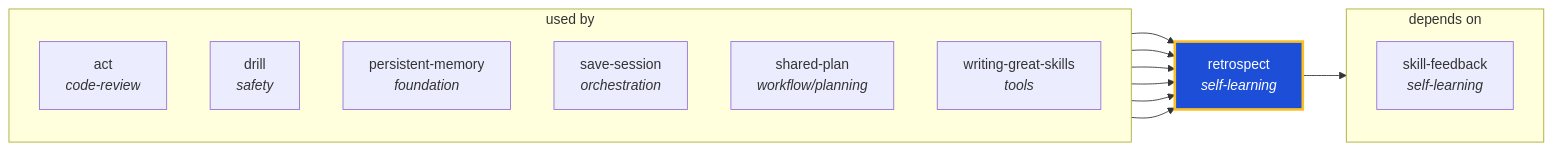
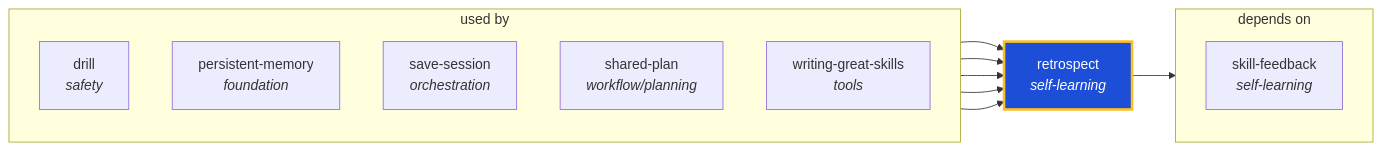
One commit to ThePlenkov/skills changed the diagram in docs/graphs/generated/retrospect.md. Above: the diagram before and after it, drawn with Mermaid. The commit also changed other lines of this file and 40 other files, not shown here.

````diff
--- a/docs/graphs/generated/retrospect.md
+++ b/docs/graphs/generated/retrospect.md
@@ -22,28 +22,26 @@
 ```mermaid
 graph LR
   retrospect["retrospect<br/><i>self-learning</i>"]
   classDef center fill:#1d4ed8,stroke:#fbbf24,stroke-width:3px,color:#fff
   class retrospect center
 
   subgraph sg_used_by["used by"]
     direction TB
-    act["act<br/><i>code-review</i>"]
     drill["drill<br/><i>safety</i>"]
     persistent_memory["persistent-memory<br/><i>foundation</i>"]
     save_session["save-session<br/><i>orchestration</i>"]
     shared_plan["shared-plan<br/><i>workflow/planning</i>"]
     writing_great_skills["writing-great-skills<br/><i>tools</i>"]
   end
-  act --> retrospect
   drill --> retrospect
   persistent_memory --> retrospect
   save_session --> retrospect
   shared_plan --> retrospect
   writing_great_skills --> retrospect
 
   subgraph sg_depends_on["depends on"]
     direction TB
     skill_feedback["skill-feedback<br/><i>self-learning</i>"]
   end
   retrospect --> skill_feedback
 ```
````
